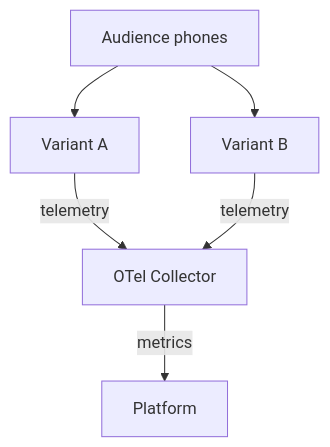
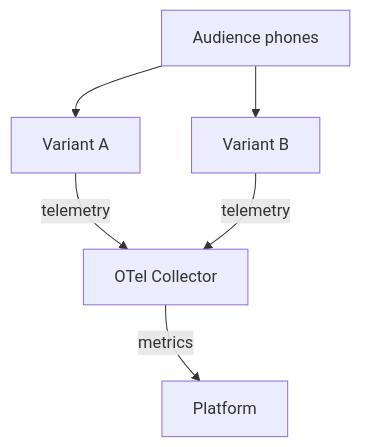
One commit to ThomasVitale/kubecon-2026-gitops changed the sixth of 7 diagrams in slides/index.qmd. Above: the diagram before and after it, drawn with Mermaid. The commit also changed other lines of this file, not shown here.

First line of the commit message:
style(prd-4): stabilize Scene 2 architecture diagram layout

````diff
--- a/slides/index.qmd
+++ b/slides/index.qmd
@@ -191,9 +205,11 @@
 ```{mermaid}
 %%| fig-width: 10
 flowchart TB
   audience["Audience phones"]
   audience --> va["Variant A"]
   audience --> vb["Variant B"]
   va & vb -->|"telemetry"| collector["OTel Collector"]
   collector -->|"metrics"| platform["Platform"]
+  platform -.->|" "| audience
+  linkStyle 5 stroke:none
 ```
````
